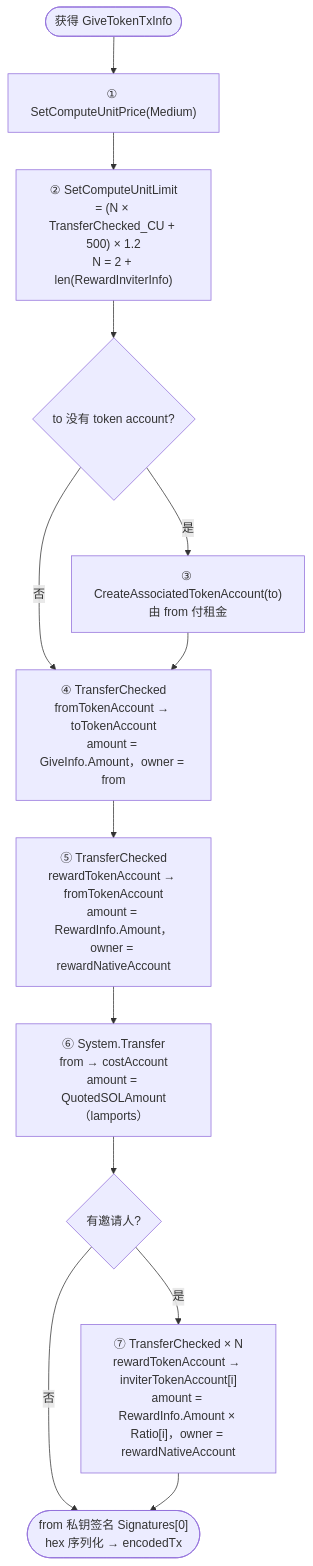
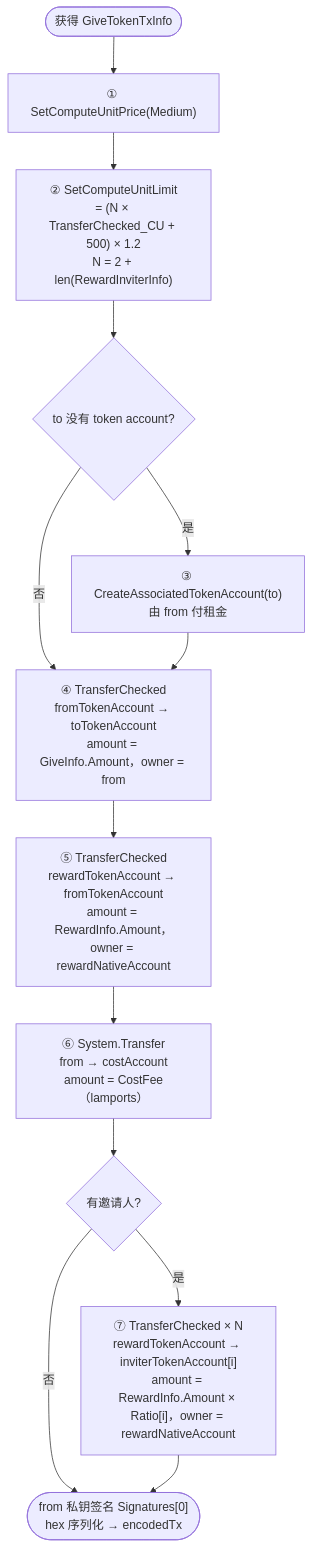
The fourth of 7 diagrams in docs/v1/reward_give_token.md (BillInUK/oshit-go), drawn with Mermaid before and after one commit. The commit also changed other lines of this file and 8 other files, not shown here.

Commit message:
feat: return reward cost fee in tx info

````diff
--- a/docs/v1/reward_give_token.md
+++ b/docs/v1/reward_give_token.md
@@ -194,15 +195,15 @@
 ```mermaid
 flowchart TD
     A([获得 GiveTokenTxInfo]) --> B["① SetComputeUnitPrice(Medium)"]
     B --> C["② SetComputeUnitLimit\n= (N × TransferChecked_CU + 500) × 1.2\nN = 2 + len(RewardInviterInfo)"]
     C --> D{to 没有 token account?}
     D -- 是 --> E["③ CreateAssociatedTokenAccount(to)\n由 from 付租金"]
     D -- 否 --> F
     E --> F["④ TransferChecked\nfromTokenAccount → toTokenAccount\namount = GiveInfo.Amount，owner = from"]
     F --> G["⑤ TransferChecked\nrewardTokenAccount → fromTokenAccount\namount = RewardInfo.Amount，owner = rewardNativeAccount"]
-    G --> H["⑥ System.Transfer\nfrom → costAccount\namount = QuotedSOLAmount（lamports）"]
+    G --> H["⑥ System.Transfer\nfrom → costAccount\namount = CostFee（lamports）"]
     H --> I{有邀请人?}
     I -- 是 --> J["⑦ TransferChecked × N\nrewardTokenAccount → inviterTokenAccount[i]\namount = RewardInfo.Amount × Ratio[i]，owner = rewardNativeAccount"]
     I -- 否 --> K
     J --> K(["from 私钥签名 Signatures[0]\nhex 序列化 → encodedTx"])
 ```
````
